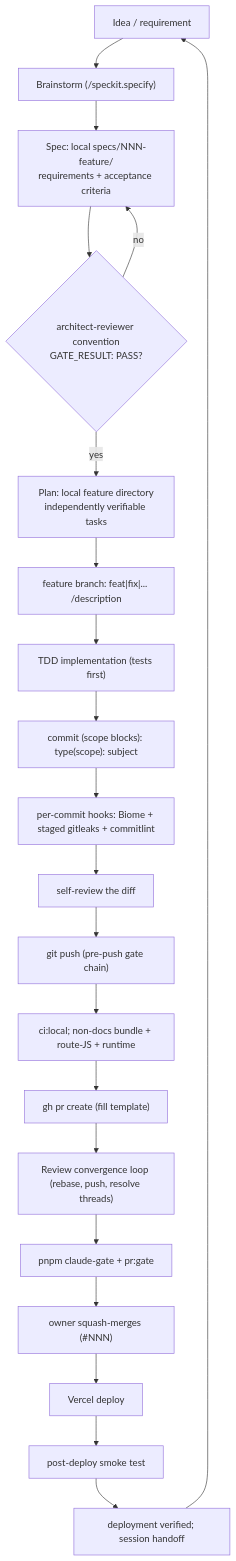
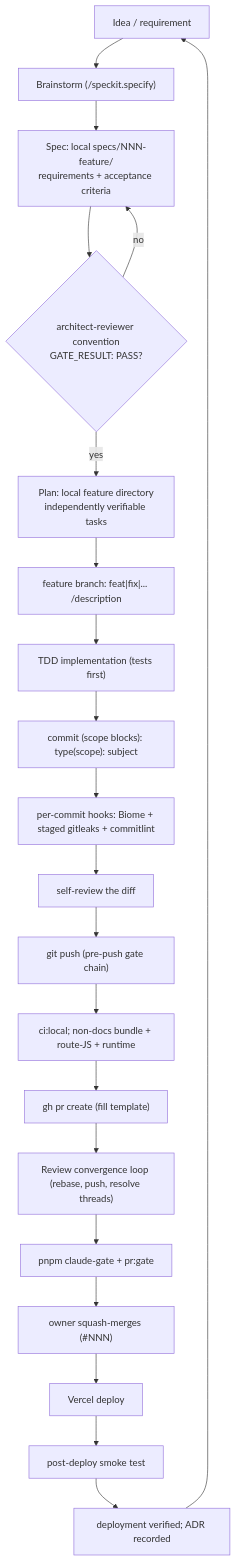
Before and after one commit to erikunha/portfolio: the first of 2 diagrams in docs/handbook/development-lifecycle.md, drawn with Mermaid. The commit also changed other lines of this file and 26 other files, not shown here.

First line of the commit message:
docs(sync): re-sync docs and mermaid diagrams to the redesigned chrome

````diff
--- a/docs/handbook/development-lifecycle.md
+++ b/docs/handbook/development-lifecycle.md
@@ -7,23 +7,23 @@
 ```mermaid
 flowchart TD
     idea["Idea / requirement"] --> brainstorm["Brainstorm (/speckit.specify)"]
     brainstorm --> spec["Spec: local specs/NNN-feature/<br/>requirements + acceptance criteria"]
     spec --> agate{"architect-reviewer convention<br/>GATE_RESULT: PASS?"}
     agate -->|no| spec
     agate -->|yes| plan["Plan: local feature directory<br/>independently verifiable tasks"]
     plan --> branch["feature branch: feat|fix|... /description"]
     branch --> tdd["TDD implementation (tests first)"]
     tdd --> commit["commit (scope blocks): type(scope): subject"]
     commit --> hooks["per-commit hooks: Biome + staged gitleaks + commitlint"]
     hooks --> selfreview["self-review the diff"]
     selfreview --> push["git push (pre-push gate chain)"]
     push --> readypr["ci:local; non-docs bundle + route-JS + runtime"]
     readypr --> pr["gh pr create (fill template)"]
     pr --> conv["Review convergence loop (rebase, push, resolve threads)"]
     conv --> readymerge["pnpm claude-gate + pr:gate"]
     readymerge --> merge["owner squash-merges (#NNN)"]
     merge --> deploy["Vercel deploy"]
     deploy --> smoke["post-deploy smoke test"]
-    smoke --> adr["deployment verified; session handoff"]
+    smoke --> adr["deployment verified; ADR recorded"]
     adr --> idea
 ```
````
